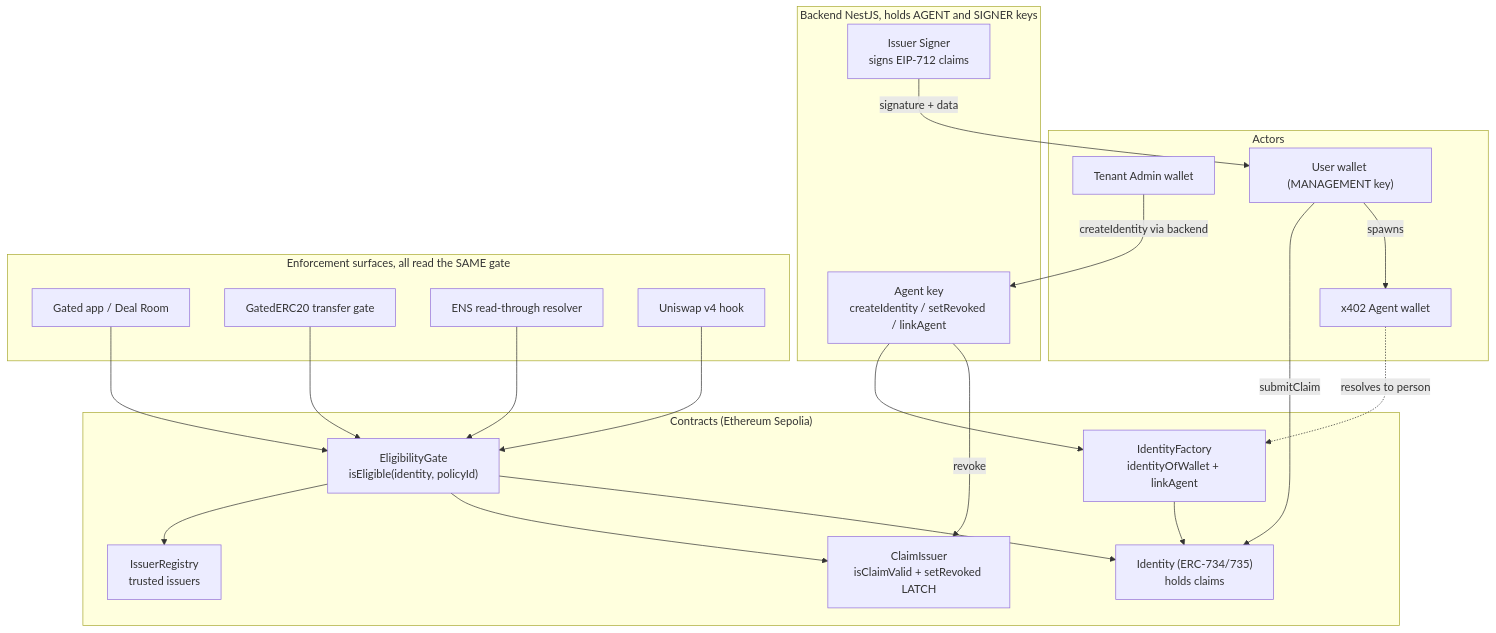
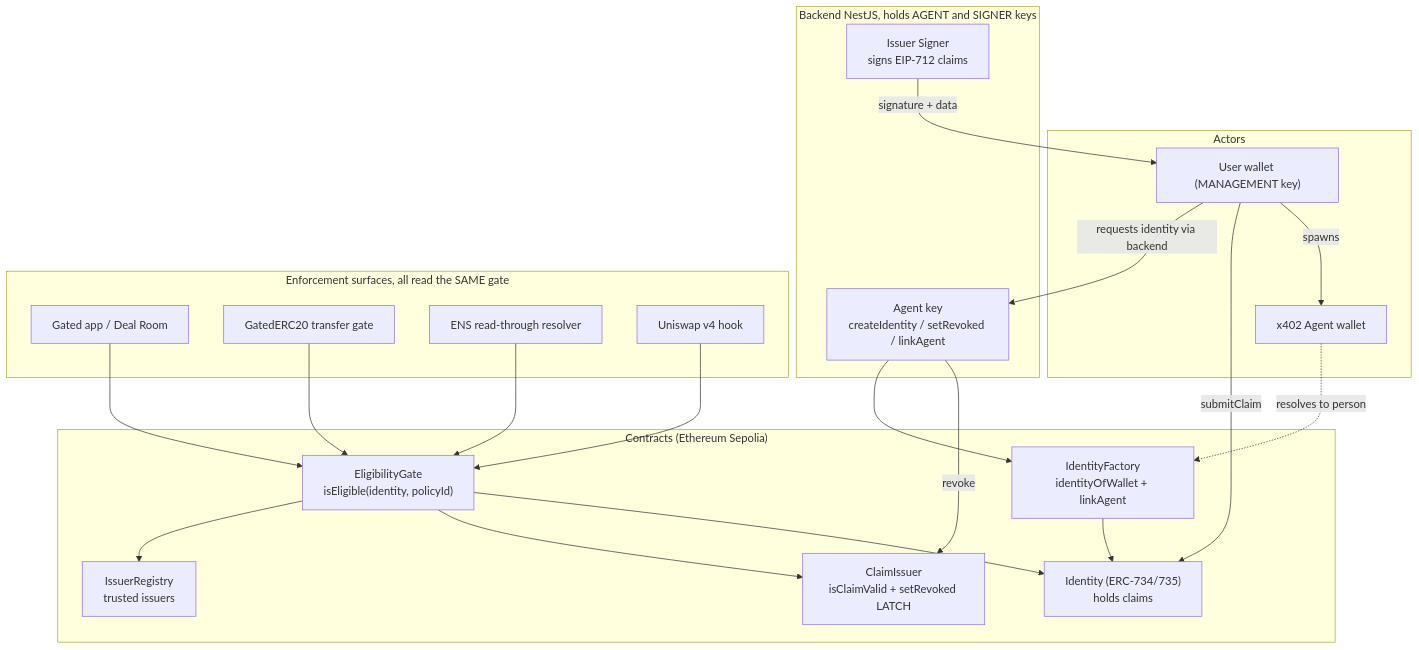
One commit to luizoamorim/passportkit changed the first of 4 diagrams in docs/HANDOFF.md. Above: the diagram before and after it, drawn with Mermaid. The commit also changed other lines of this file, not shown here.

First line of the commit message:
docs(handoff): drop /admin screen from demo scope

````diff
--- a/docs/HANDOFF.md
+++ b/docs/HANDOFF.md
@@ -33,45 +33,44 @@
 ```mermaid
 graph TD
     subgraph Actors
-        ADMIN["Tenant Admin wallet"]
         USER["User wallet (MANAGEMENT key)"]
         AGENTW["x402 Agent wallet"]
     end
 
     subgraph Backend["Backend NestJS, holds AGENT and SIGNER keys"]
         SIGN["Issuer Signer<br/>signs EIP-712 claims"]
         AGENTK["Agent key<br/>createIdentity / setRevoked / linkAgent"]
     end
 
     subgraph Contracts["Contracts (Ethereum Sepolia)"]
         FACT["IdentityFactory<br/>identityOfWallet + linkAgent"]
         ID["Identity (ERC-734/735)<br/>holds claims"]
         CI["ClaimIssuer<br/>isClaimValid + setRevoked LATCH"]
         REG["IssuerRegistry<br/>trusted issuers"]
         GATE["EligibilityGate<br/>isEligible(identity, policyId)"]
     end
 
     subgraph Surfaces["Enforcement surfaces, all read the SAME gate"]
         APP["Gated app / Deal Room"]
         ERC["GatedERC20 transfer gate"]
         ENS["ENS read-through resolver"]
         HOOK["Uniswap v4 hook"]
     end
 
-    ADMIN -->|createIdentity via backend| AGENTK
+    USER -->|requests identity via backend| AGENTK
     AGENTK --> FACT
     FACT --> ID
     SIGN -->|signature + data| USER
     USER -->|submitClaim| ID
     USER -->|spawns| AGENTW
     AGENTW -.->|resolves to person| FACT
 
     GATE --> REG
     GATE --> CI
     GATE --> ID
     APP --> GATE
     ERC --> GATE
     ENS --> GATE
     HOOK --> GATE
     AGENTK -->|revoke| CI
 ```
````
